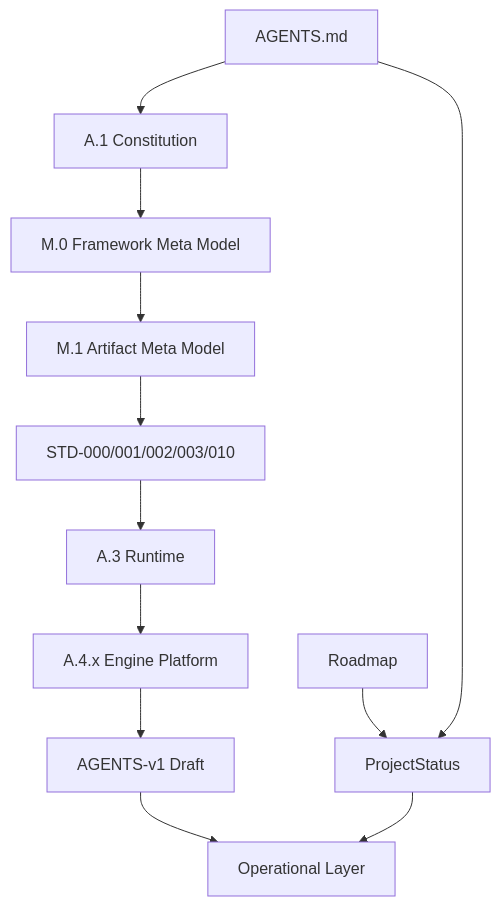
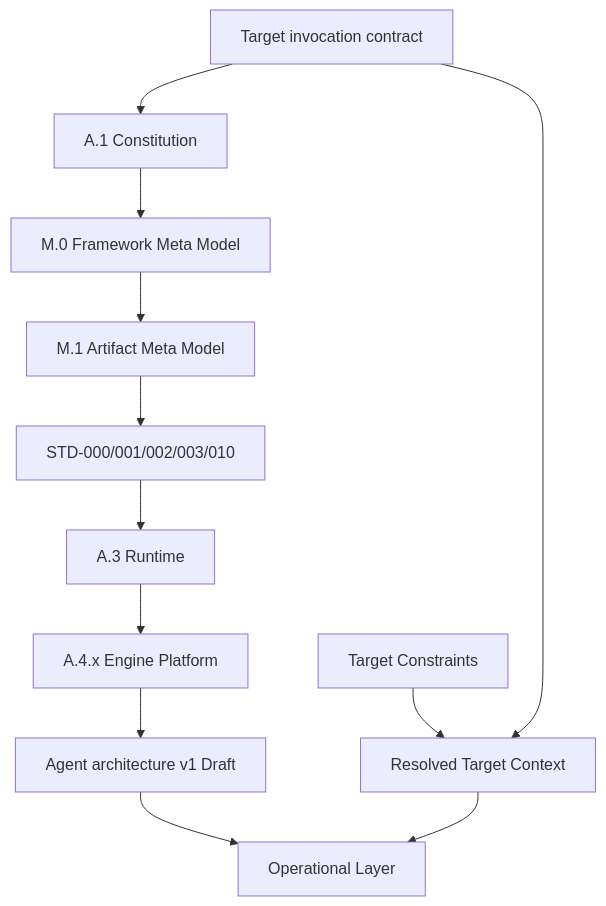
Before and after one commit to doallon/forge-ai: the fourth of 11 diagrams in docs/AI/GOVERNANCE.md, drawn with Mermaid. The commit also changed other lines of this file and 5 other files, not shown here.

````diff
--- a/docs/AI/GOVERNANCE.md
+++ b/docs/AI/GOVERNANCE.md
@@ -414,17 +414,17 @@
 ```mermaid
 flowchart TD
-    AG[AGENTS.md]
+    AG[Target invocation contract]
     A1[A.1 Constitution]
     M0[M.0 Framework Meta Model]
     M1[M.1 Artifact Meta Model]
     STD[STD-000/001/002/003/010]
     A3[A.3 Runtime]
     A4[A.4.x Engine Platform]
-    AV1[AGENTS-v1 Draft]
+    AV1[Agent architecture v1 Draft]
     OP[Operational Layer]
-    PS[ProjectStatus]
-    RD[Roadmap]
+    PS[Resolved Target Context]
+    RD[Target Constraints]
     AG --> A1 --> M0 --> M1 --> STD --> A3 --> A4 --> AV1 --> OP
     RD --> PS --> OP
     AG --> PS
 ```
````
